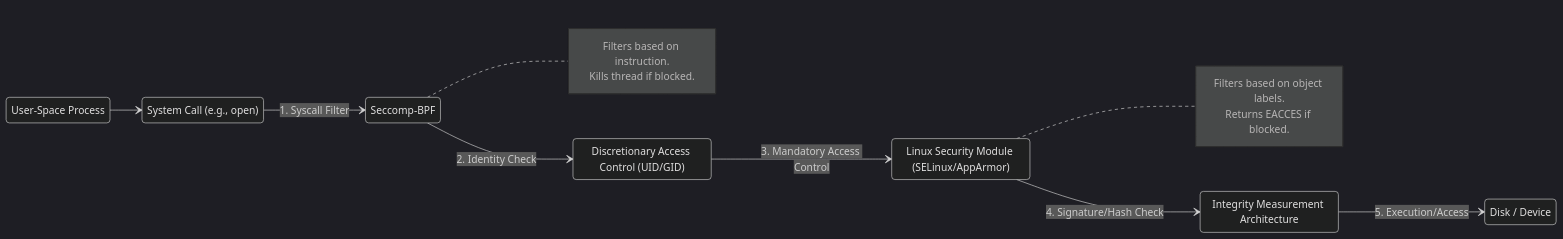
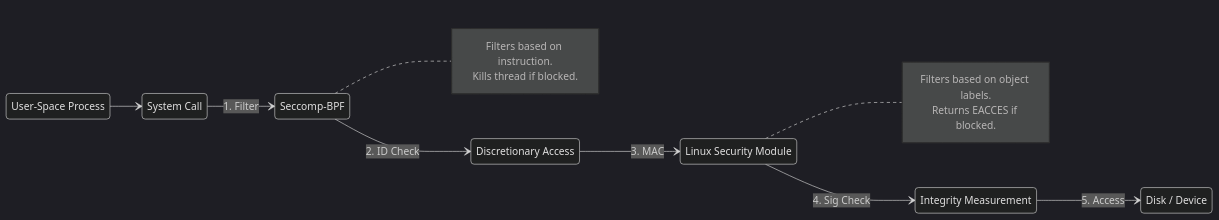
One commit to satyabhan007/linux-hpc-security changed the diagram in linux-security/DEEP_DIVE.md. Above: the diagram before and after it, drawn with Mermaid (dark theme). The commit also changed 1 other file, not shown here.

Commit message:
Fix Mermaid diagram syntax to prevent JS renderer crashes

````diff
--- a/linux-security/DEEP_DIVE.md
+++ b/linux-security/DEEP_DIVE.md
@@ -9,27 +9,27 @@
 ```mermaid
 stateDiagram-v2
     direction LR
-    UserSpace : User-Space Process
-    Syscall : System Call (e.g., open)
-    Seccomp : Seccomp-BPF
-    DAC : Discretionary Access Control (UID/GID)
-    LSM : Linux Security Module (SELinux/AppArmor)
-    IMA : Integrity Measurement Architecture
-    Hardware : Disk / Device
+    UserSpace: User-Space Process
+    Syscall: System Call
+    Seccomp: Seccomp-BPF
+    DAC: Discretionary Access
+    LSM: Linux Security Module
+    IMA: Integrity Measurement
+    Hardware: Disk / Device
 
     UserSpace --> Syscall
-    Syscall --> Seccomp : 1. Syscall Filter
-    Seccomp --> DAC : 2. Identity Check
-    DAC --> LSM : 3. Mandatory Access Control
-    LSM --> IMA : 4. Signature/Hash Check
-    IMA --> Hardware : 5. Execution/Access
+    Syscall --> Seccomp : 1. Filter
+    Seccomp --> DAC : 2. ID Check
+    DAC --> LSM : 3. MAC
+    LSM --> IMA : 4. Sig Check
+    IMA --> Hardware : 5. Access
     
     note right of Seccomp
         Filters based on instruction.
         Kills thread if blocked.
     end note
     note right of LSM
         Filters based on object labels.
         Returns EACCES if blocked.
     end note
 ```
````
